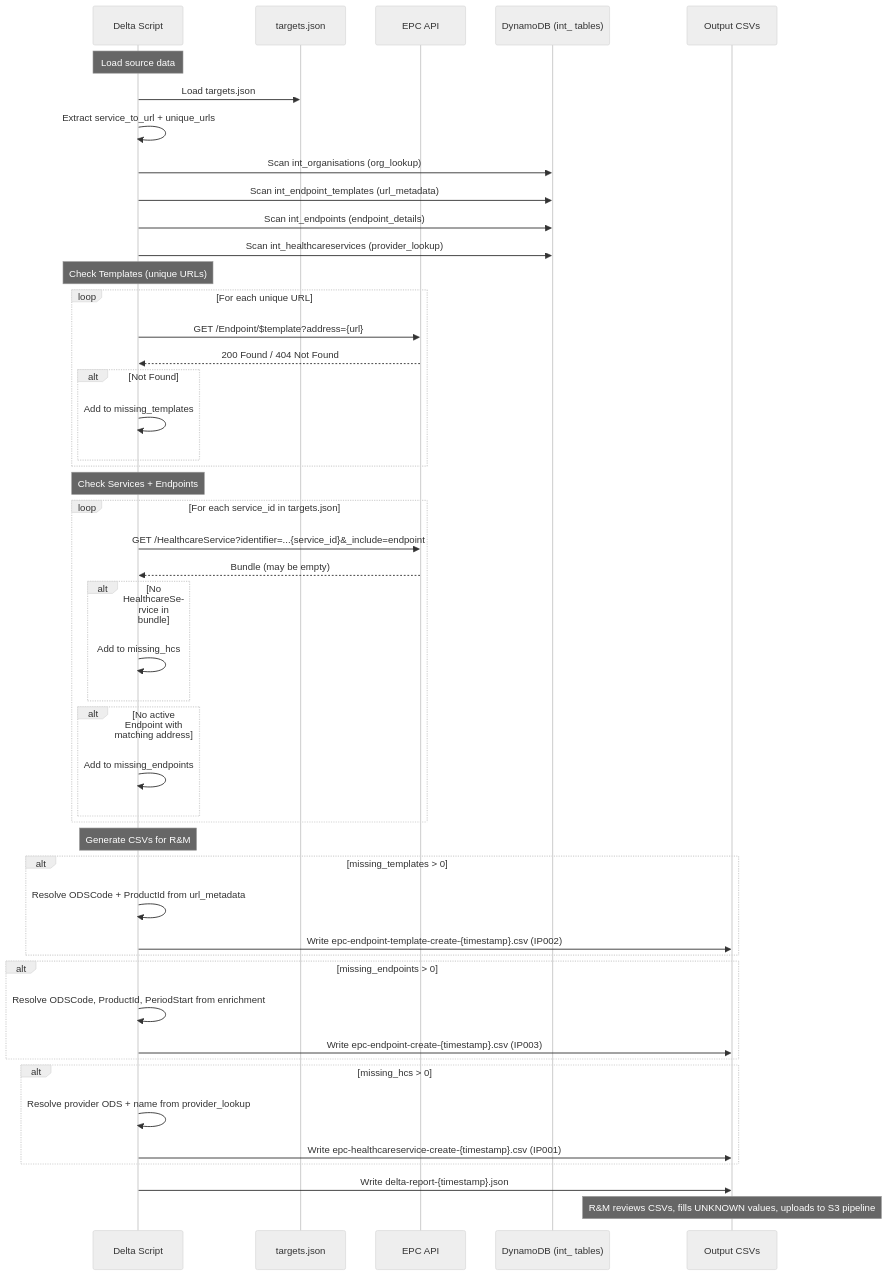
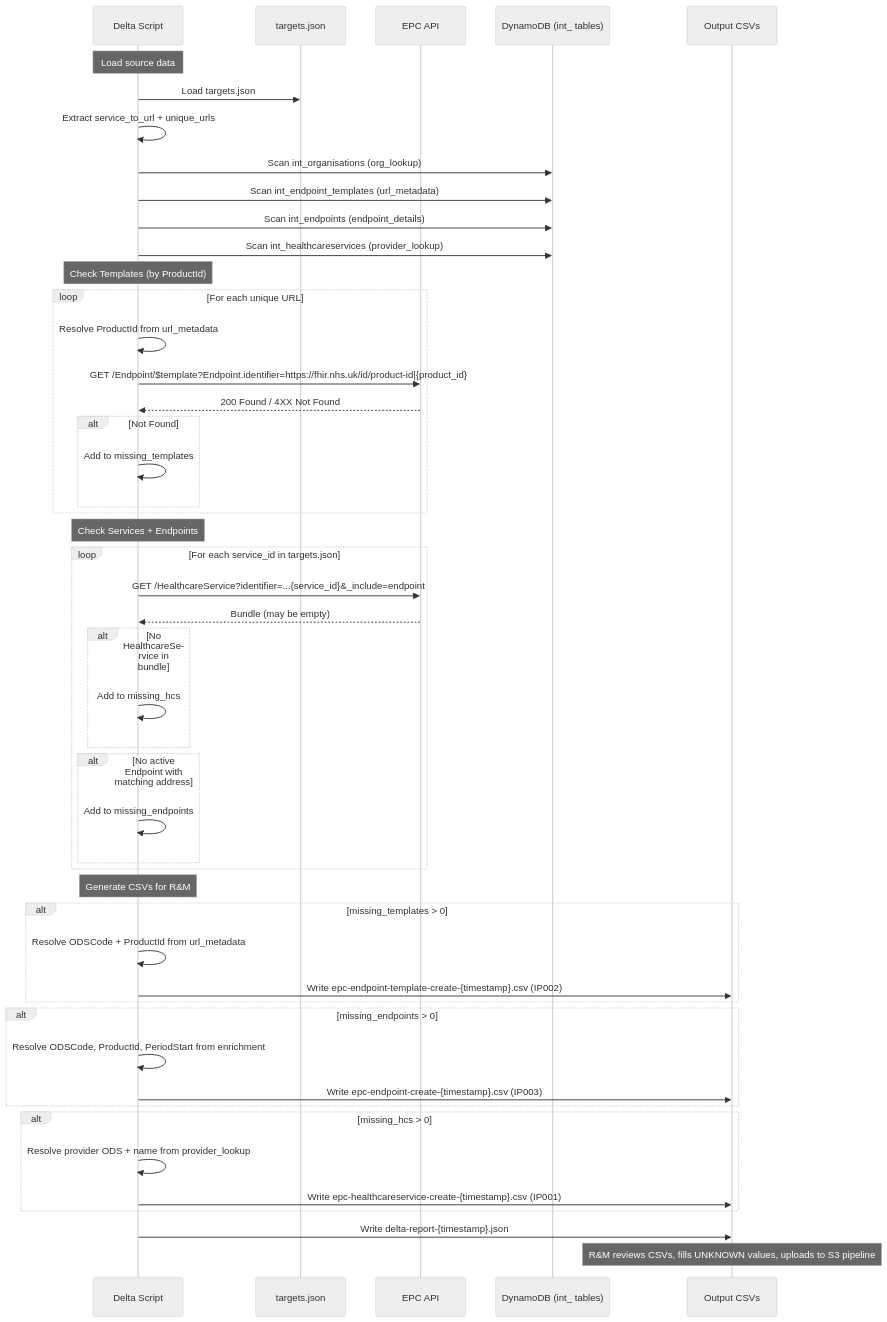
Before and after one commit to RichardWardNHSD/epc-work: the third of 3 diagrams in Data Migration/Documentation/migration-from-targets-json.md, drawn with Mermaid (neutral theme). The commit also changed other lines of this file, not shown here.

Commit message:
Fix Step 5: query Templates by Endpoint.identifier (ProductId) not address — per OAS

````diff
--- a/Data Migration/Documentation/migration-from-targets-json.md
+++ b/Data Migration/Documentation/migration-from-targets-json.md
@@ -1004,54 +1015,55 @@
 ```mermaid
 sequenceDiagram
     participant Script as Delta Script
     participant TJ as targets.json
     participant EPC as EPC API
     participant DDB as DynamoDB (int_ tables)
     participant CSV as Output CSVs
 
     Note over Script: Load source data
     Script->>TJ: Load targets.json
     Script->>Script: Extract service_to_url + unique_urls
     Script->>DDB: Scan int_organisations (org_lookup)
     Script->>DDB: Scan int_endpoint_templates (url_metadata)
     Script->>DDB: Scan int_endpoints (endpoint_details)
     Script->>DDB: Scan int_healthcareservices (provider_lookup)
 
-    Note over Script: Check Templates (unique URLs)
+    Note over Script: Check Templates (by ProductId)
     loop For each unique URL
-        Script->>EPC: GET /Endpoint/$template?address={url}
-        EPC-->>Script: 200 Found / 404 Not Found
+        Script->>Script: Resolve ProductId from url_metadata
+        Script->>EPC: GET /Endpoint/$template?Endpoint.identifier=https://fhir.nhs.uk/id/product-id|{product_id}
+        EPC-->>Script: 200 Found / 4XX Not Found
         alt Not Found
             Script->>Script: Add to missing_templates
         end
     end
 
     Note over Script: Check Services + Endpoints
     loop For each service_id in targets.json
         Script->>EPC: GET /HealthcareService?identifier=...{service_id}&_include=endpoint
         EPC-->>Script: Bundle (may be empty)
         alt No HealthcareService in bundle
             Script->>Script: Add to missing_hcs
         end
         alt No active Endpoint with matching address
             Script->>Script: Add to missing_endpoints
         end
     end
 
     Note over Script: Generate CSVs for R&M
     alt missing_templates > 0
         Script->>Script: Resolve ODSCode + ProductId from url_metadata
         Script->>CSV: Write epc-endpoint-template-create-{timestamp}.csv (IP002)
     end
     alt missing_endpoints > 0
         Script->>Script: Resolve ODSCode, ProductId, PeriodStart from enrichment
         Script->>CSV: Write epc-endpoint-create-{timestamp}.csv (IP003)
     end
     alt missing_hcs > 0
         Script->>Script: Resolve provider ODS + name from provider_lookup
         Script->>CSV: Write epc-healthcareservice-create-{timestamp}.csv (IP001)
     end
 
     Script->>CSV: Write delta-report-{timestamp}.json
     Note over CSV: R&M reviews CSVs, fills UNKNOWN values, uploads to S3 pipeline
 ```
````
